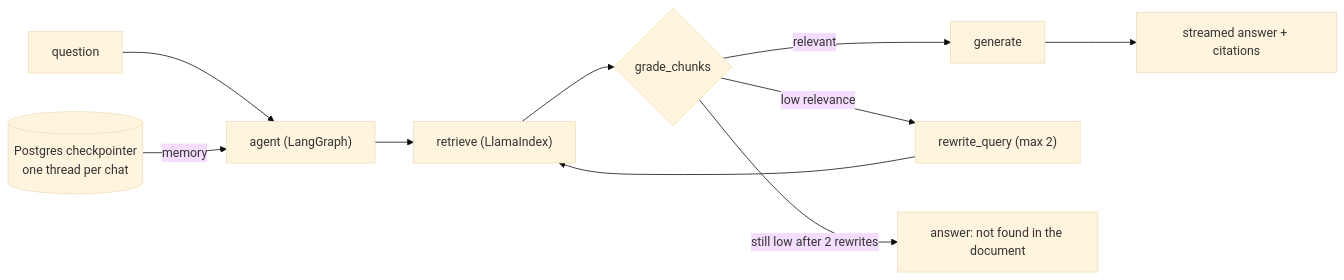
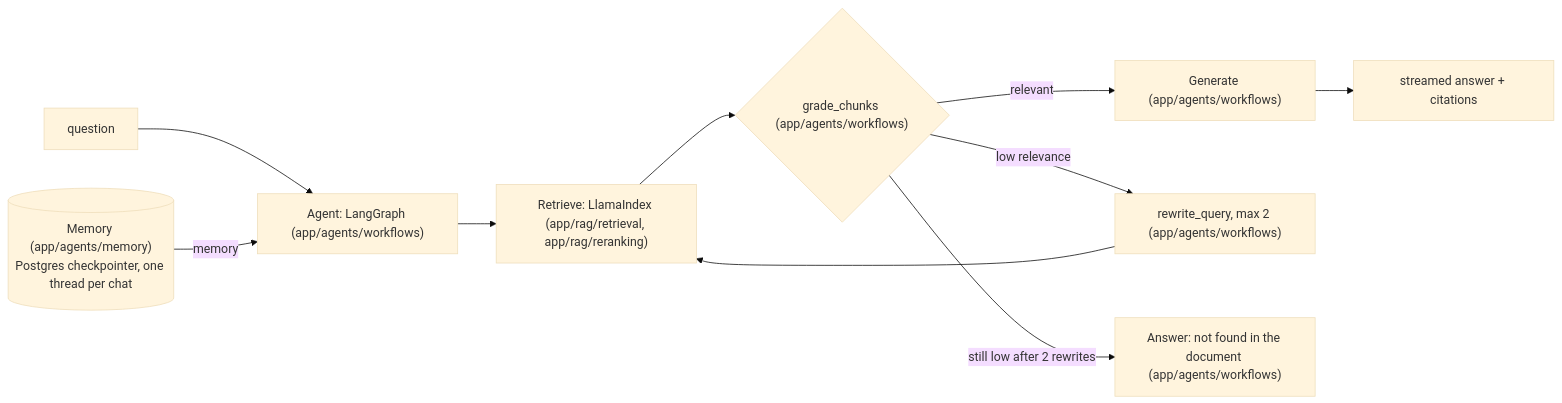
Before and after one commit to JosephSuyam/ragidy: the fourth of 4 diagrams in docs/architecture/diagrams.md, drawn with Mermaid (base theme). The commit also changed other lines of this file and 1 other file, not shown here.

Commit message:
docs(docs): show backend folders in diagrams

````diff
--- a/docs/architecture/diagrams.md
+++ b/docs/architecture/diagrams.md
@@ -83,12 +83,12 @@
 ```mermaid
 flowchart LR
-  q["question"] --> agent["agent (LangGraph)"]
-  mem[("Postgres checkpointer<br/>one thread per chat")] -->|"memory"| agent
-  agent --> retrieve["retrieve (LlamaIndex)"]
-  retrieve --> grade{"grade_chunks"}
-  grade -->|"relevant"| generate["generate"]
-  grade -->|"low relevance"| rewrite["rewrite_query (max 2)"]
+  q["question"] --> agent["Agent: LangGraph (app/agents/workflows)"]
+  mem[("Memory (app/agents/memory)<br/>Postgres checkpointer, one thread per chat")] -->|"memory"| agent
+  agent --> retrieve["Retrieve: LlamaIndex (app/rag/retrieval, app/rag/reranking)"]
+  retrieve --> grade{"grade_chunks (app/agents/workflows)"}
+  grade -->|"relevant"| generate["Generate (app/agents/workflows)"]
+  grade -->|"low relevance"| rewrite["rewrite_query, max 2 (app/agents/workflows)"]
   rewrite --> retrieve
-  grade -->|"still low after 2 rewrites"| notfound["answer: not found in the document"]
+  grade -->|"still low after 2 rewrites"| notfound["Answer: not found in the document (app/agents/workflows)"]
   generate --> out["streamed answer + citations"]
 ```
````
